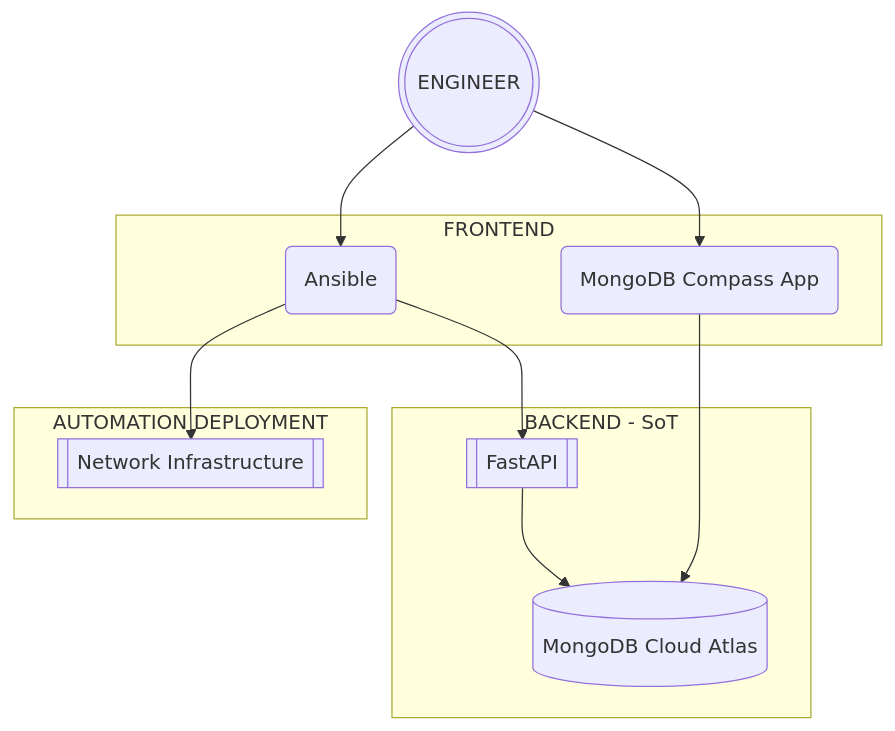
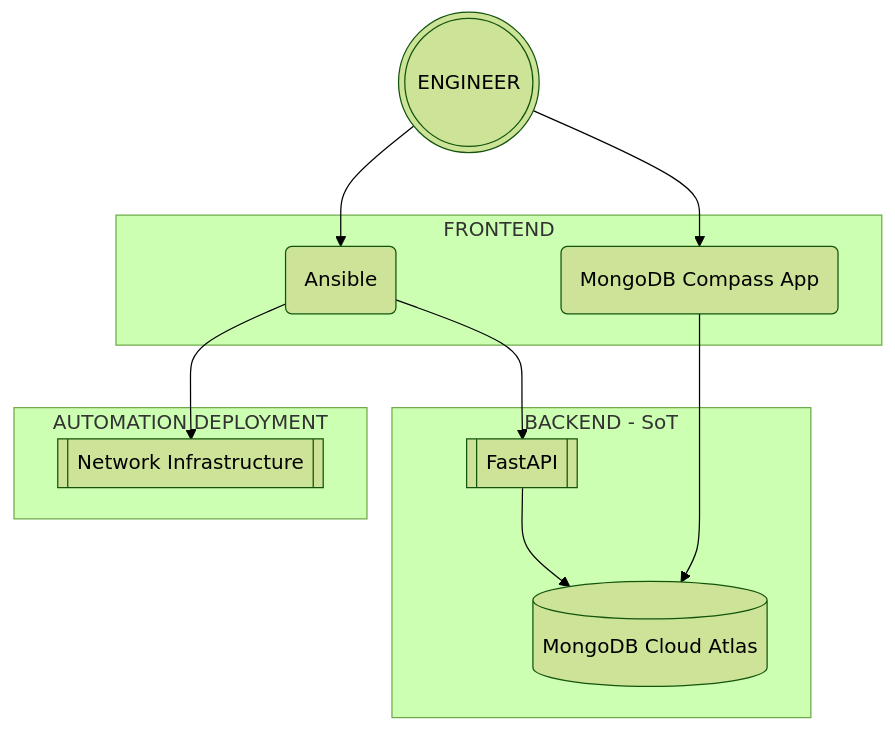
One commit to jnaranjom/iac_network_deployment changed the diagram in diagrams/automation_framework.md. Above: the diagram before and after it, drawn with Mermaid.

````diff
--- a/diagrams/automation_framework.md
+++ b/diagrams/automation_framework.md
@@ -5,22 +3,24 @@
 ```mermaid
+%%{init: {'theme':'forest'}}%%
+
 flowchart TB
     A[(MongoDB Cloud Atlas)]
     B[[FastAPI]]
     C(MongoDB Compass App)
     D(Ansible)
     E[[Network Infrastructure]]
     F(((ENGINEER)))
     subgraph BACKEND - SoT
         B --> A
     end
     subgraph FRONTEND
         C --> A
         D --> B
     end
     F --> C
     F --> D
     subgraph AUTOMATION DEPLOYMENT
         D --> E
     end
 
 ```
````
